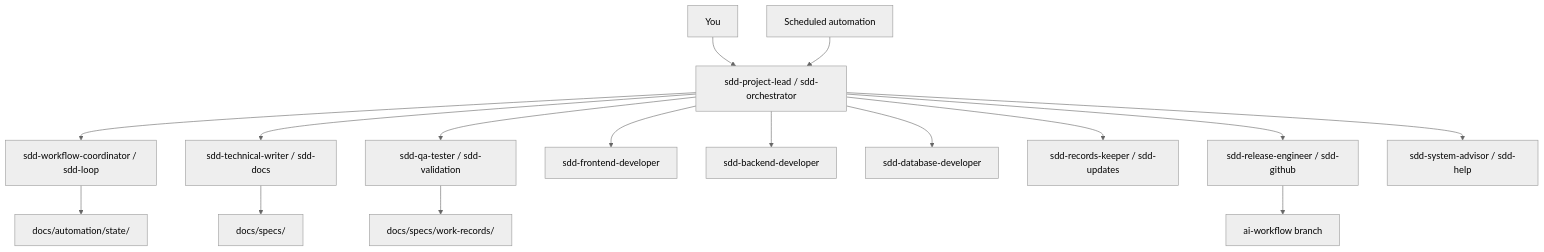
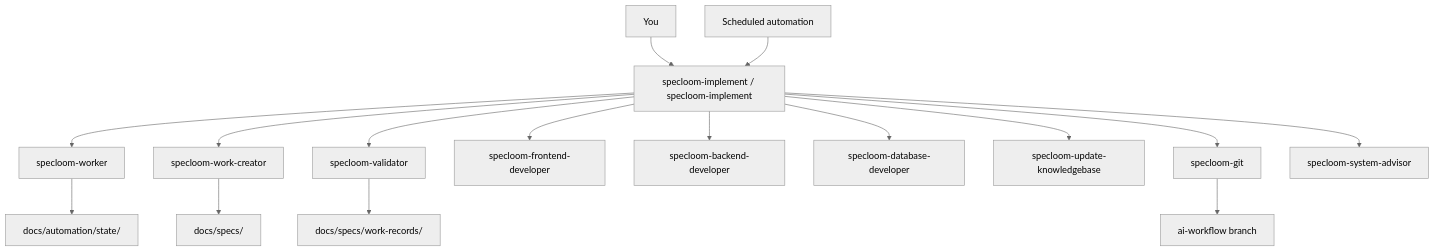
The diagram in README.md (AIHeart-Professional/specloom), drawn with Mermaid (neutral theme) before and after one commit. The commit also changed other lines of this file and 198 other files, not shown here.

First line of the commit message:
Remove legacy sdd-* agents and skills; specloom-only package.

````diff
--- a/README.md
+++ b/README.md
@@ -127,20 +127,20 @@
 ```mermaid
 flowchart TB
-  USER[You] --> PL[sdd-project-lead / sdd-orchestrator]
+  USER[You] --> PL[specloom-implement / specloom-implement]
   AUTO[Scheduled automation] --> PL
 
-  PL --> WC[sdd-workflow-coordinator / sdd-loop]
-  PL --> TW[sdd-technical-writer / sdd-docs]
-  PL --> QA[sdd-qa-tester / sdd-validation]
-  PL --> FE[sdd-frontend-developer]
-  PL --> BE[sdd-backend-developer]
-  PL --> DB[sdd-database-developer]
-  PL --> RK[sdd-records-keeper / sdd-updates]
-  PL --> RE[sdd-release-engineer / sdd-github]
-  PL --> SA[sdd-system-advisor / sdd-help]
+  PL --> WC[specloom-worker]
+  PL --> TW[specloom-work-creator]
+  PL --> QA[specloom-validator]
+  PL --> FE[specloom-frontend-developer]
+  PL --> BE[specloom-backend-developer]
+  PL --> DB[specloom-database-developer]
+  PL --> RK[specloom-update-knowledgebase]
+  PL --> RE[specloom-git]
+  PL --> SA[specloom-system-advisor]
 
   WC --> STATE[docs/automation/state/]
   TW --> SPECS[docs/specs/]
   QA --> WR[docs/specs/work-records/]
   RE --> GIT[ai-workflow branch]
 ```
````
